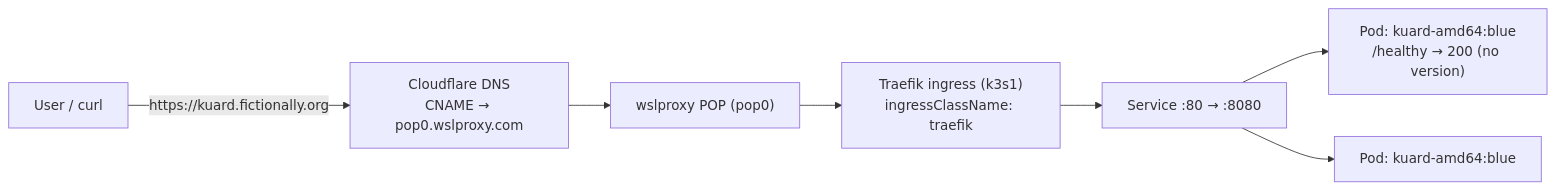
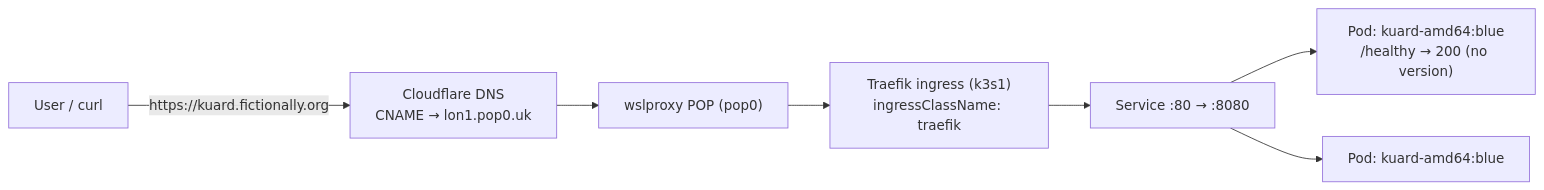
The first of 2 diagrams in training/sample-apps/kuard/architecture.md (bwalia/ring-promoter), drawn with Mermaid before and after one commit. The commit also changed 29 other files, not shown here.

First line of the commit message:
chore(dns): repoint edge CNAME target pop0.wslproxy.com -> lon1.pop0.uk

````diff
--- a/training/sample-apps/kuard/architecture.md
+++ b/training/sample-apps/kuard/architecture.md
@@ -11,9 +11,9 @@
 ```mermaid
 flowchart LR
-  U["User / curl"] -->|"https://kuard.fictionally.org"| CF["Cloudflare DNS<br/>CNAME → pop0.wslproxy.com"]
+  U["User / curl"] -->|"https://kuard.fictionally.org"| CF["Cloudflare DNS<br/>CNAME → lon1.pop0.uk"]
   CF --> POP["wslproxy POP (pop0)"]
   POP --> TR["Traefik ingress (k3s1)<br/>ingressClassName: traefik"]
   TR --> SVC["Service :80 → :8080"]
   SVC --> P1["Pod: kuard-amd64:blue<br/>/healthy → 200 (no version)"]
   SVC --> P2["Pod: kuard-amd64:blue"]
 ```
````
